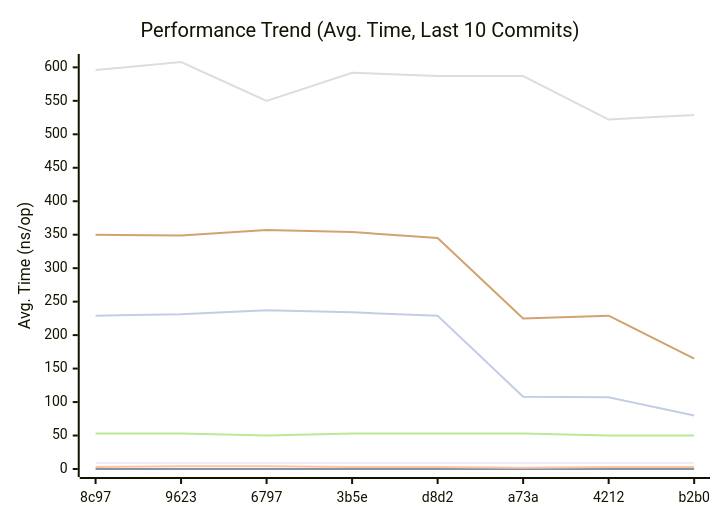
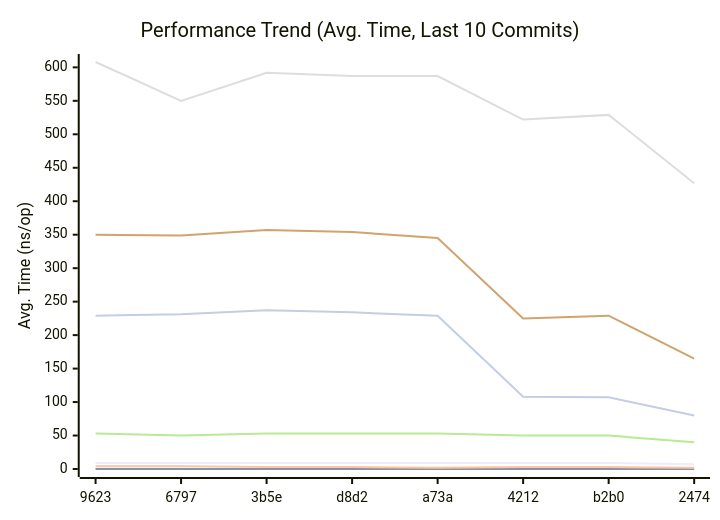
The first of 3 diagrams in docs/README.md (alsotoes/momo), drawn with Mermaid before and after one commit. The commit also changed other lines of this file and 1 other file, not shown here.

````diff
--- a/docs/README.md
+++ b/docs/README.md
@@ -146,14 +140,14 @@
 ```mermaid
 xychart-beta
     title "Performance Trend (Avg. Time, Last 10 Commits)"
     x-axis "Commit"
     y-axis "Avg. Time (ns/op)"
-    x-axis [8c97,9623,6797,3b5e,d8d2,a73a,4212,b2b0]
-    line "CheckMetricsAndSwap" [9,9,9,9,9,9,9,9,7,9]
+    x-axis [9623,6797,3b5e,d8d2,a73a,4212,b2b0,2474]
+    line "CheckMetricsAndSwap" [9,9,9,9,9,9,9,7,9,9]
     line "IndexDirectTracking" [0,0,0,0,0,0,0,0,0,0]
-    line "IndexSearch" [3,4,4,3,3,2,3,3,2,3]
-    line "LoadGlobalConfig" [596,608,550,592,587,587,522,529,427,546]
-    line "PadString" [53,53,50,53,53,53,50,50,40,50]
+    line "IndexSearch" [4,4,3,3,2,3,3,2,3,2]
+    line "LoadGlobalConfig" [608,550,592,587,587,522,529,427,546,576]
+    line "PadString" [53,50,53,53,53,50,50,40,50,54]
     line "ParseReplicationOrder_NoPrealloc" [350,349,357,354,345,225,229,165,232,234]
     line "ParseReplicationOrder_Prealloc" [229,231,237,234,229,108,107,80,110,109]
 ```
````
